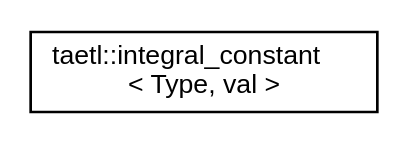
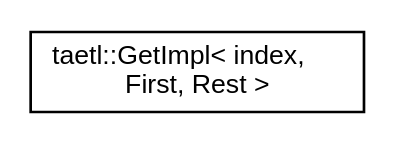
One commit to tobanteAudio/taetl changed the diagram in inherit_graph_4.dot. Above: the diagram before and after it, drawn with Graphviz. The commit also changed 79 other files, not shown here.

```diff
--- a/inherit_graph_4.dot
+++ b/inherit_graph_4.dot
@@ -1,7 +1,7 @@
 digraph "Graphical Class Hierarchy"
 {
   edge [fontname="Helvetica",fontsize="10",labelfontname="Helvetica",labelfontsize="10"];
   node [fontname="Helvetica",fontsize="10",shape=record];
   rankdir="LR";
-  Node0 [label="taetl::integral_constant\l\< Type, val \>",height=0.2,width=0.4,color="black", fillcolor="white", style="filled",URL="$structtaetl_1_1integral__constant.html"];
+  Node0 [label="taetl::GetImpl\< index,\l First, Rest \>",height=0.2,width=0.4,color="black", fillcolor="white", style="filled",URL="$structtaetl_1_1GetImpl.html"];
 }
```
